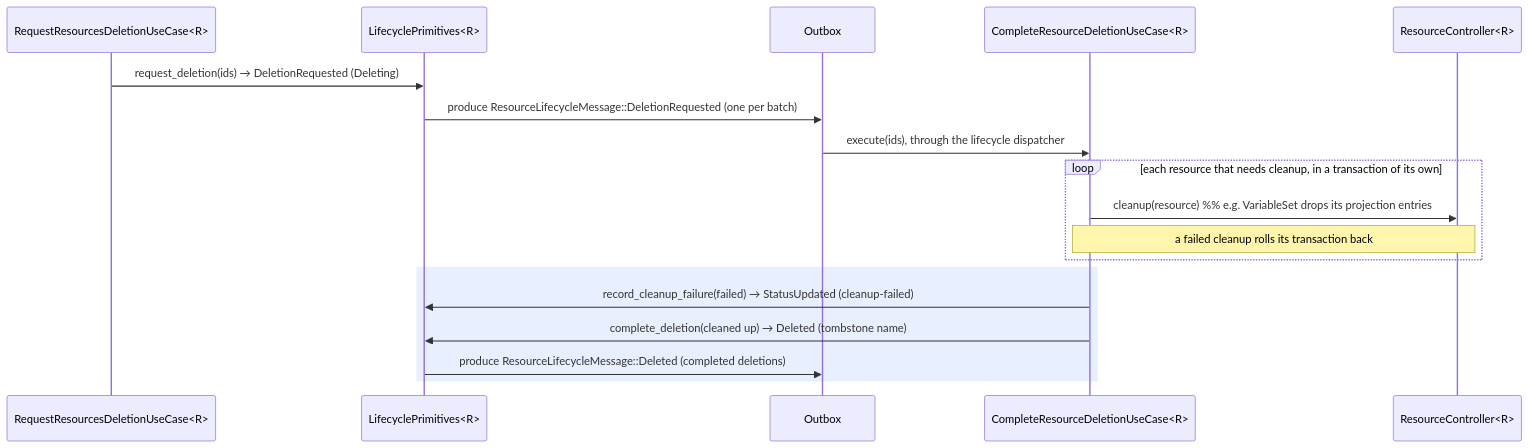
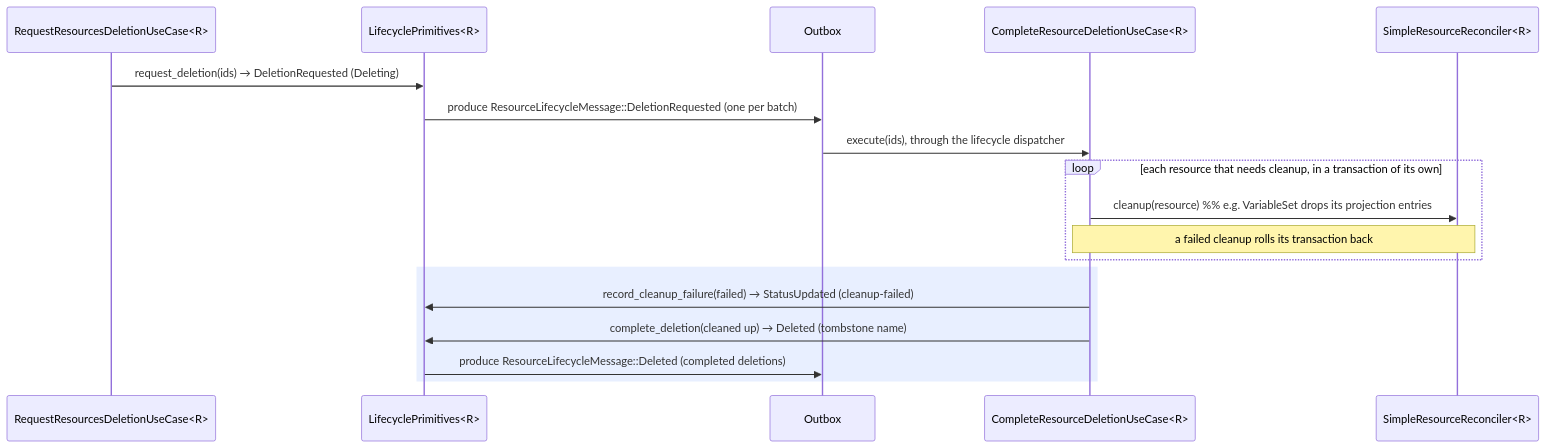
The fourth of 6 diagrams in docs/internal/resources-framework.md (kamu-data/kamu-cli), drawn with Mermaid before and after one commit. The commit also changed other lines of this file and 34 other files, not shown here.

Commit message:
Rename ResourceController to SimpleResourceReconciler

````diff
--- a/docs/internal/resources-framework.md
+++ b/docs/internal/resources-framework.md
@@ -1445,21 +1445,21 @@
 ```mermaid
 sequenceDiagram
     participant RQ as RequestResourcesDeletionUseCase<R>
     participant P as LifecyclePrimitives<R>
     participant OB as Outbox
     participant CD as CompleteResourceDeletionUseCase<R>
-    participant Ctl as ResourceController<R>
+    participant Ctl as SimpleResourceReconciler<R>
 
     RQ->>P: request_deletion(ids) → DeletionRequested (Deleting)
     P->>OB: produce ResourceLifecycleMessage::DeletionRequested (one per batch)
     OB->>CD: execute(ids), through the lifecycle dispatcher
     loop each resource that needs cleanup, in a transaction of its own
         CD->>Ctl: cleanup(resource)  %% e.g. VariableSet drops its projection entries
         Note over CD,Ctl: a failed cleanup rolls its transaction back
     end
     rect rgba(100, 150, 255, 0.15)
         CD->>P: record_cleanup_failure(failed) → StatusUpdated (cleanup-failed)
         CD->>P: complete_deletion(cleaned up) → Deleted (tombstone name)
         P->>OB: produce ResourceLifecycleMessage::Deleted (completed deletions)
     end
 ```
````
